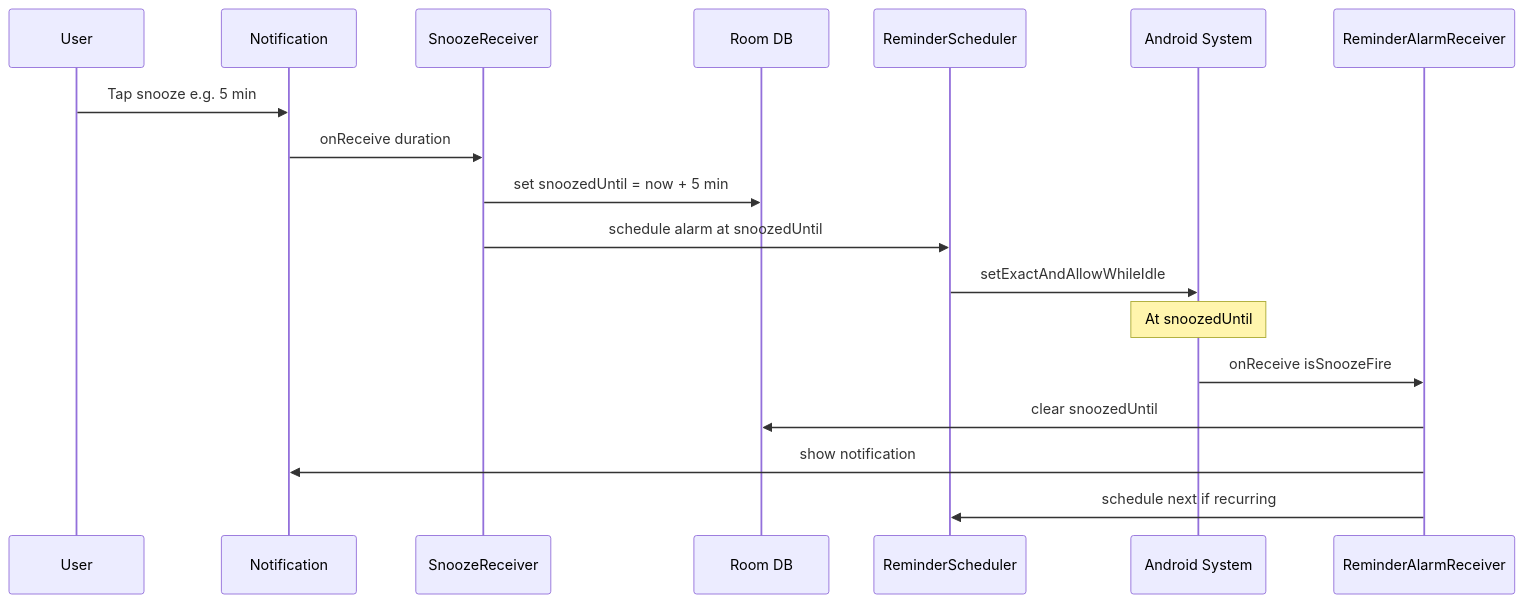
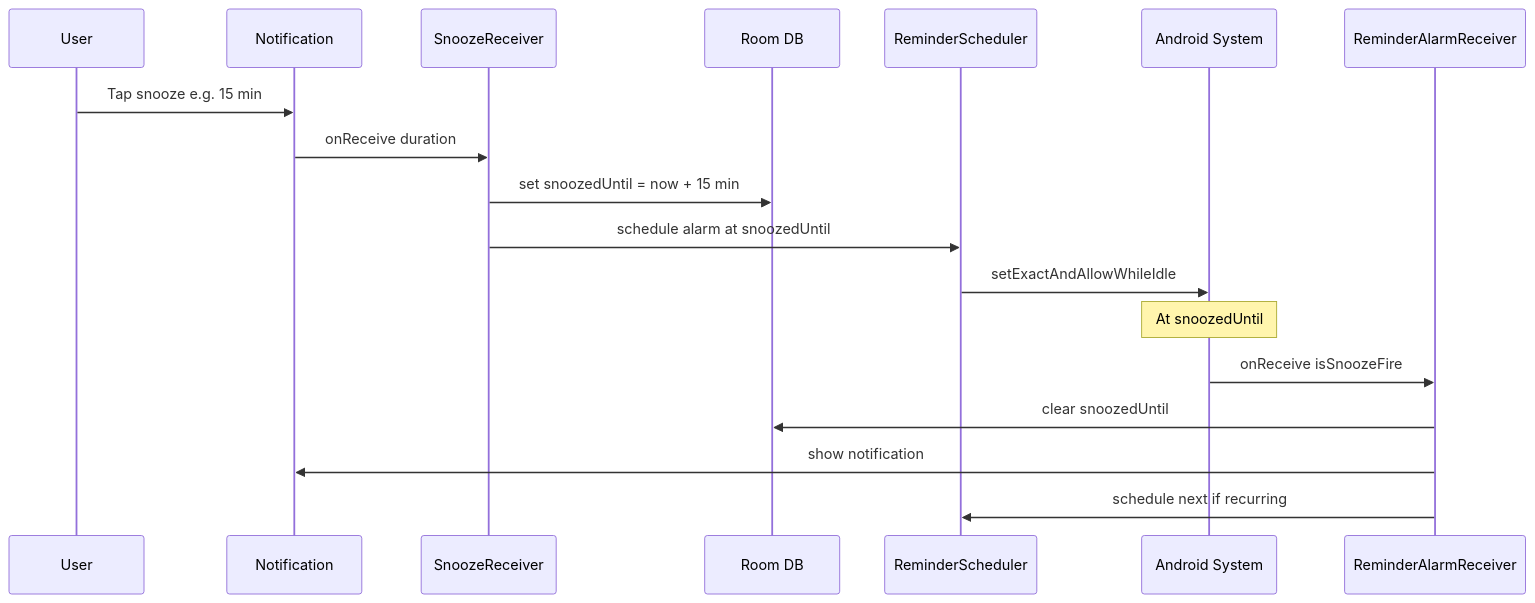
One commit to lfspluso/melhore changed the third of 4 diagrams in docs/ARCHITECTURE.md. Above: the diagram before and after it, drawn with Mermaid. The commit also changed other lines of this file and 28 other files, not shown here.

````diff
--- a/docs/ARCHITECTURE.md
+++ b/docs/ARCHITECTURE.md
@@ -65,21 +65,21 @@
 ```mermaid
 sequenceDiagram
   participant User
   participant Notif as Notification
   participant SnoozeRec as SnoozeReceiver
   participant DB as Room DB
   participant Scheduler as ReminderScheduler
   participant System as Android System
   participant AlarmRec as ReminderAlarmReceiver
 
-  User->>Notif: Tap snooze e.g. 5 min
+  User->>Notif: Tap snooze e.g. 15 min
   Notif->>SnoozeRec: onReceive duration
-  SnoozeRec->>DB: set snoozedUntil = now + 5 min
+  SnoozeRec->>DB: set snoozedUntil = now + 15 min
   SnoozeRec->>Scheduler: schedule alarm at snoozedUntil
   Scheduler->>System: setExactAndAllowWhileIdle
   Note over System: At snoozedUntil
   System->>AlarmRec: onReceive isSnoozeFire
   AlarmRec->>DB: clear snoozedUntil
   AlarmRec->>Notif: show notification
   AlarmRec->>Scheduler: schedule next if recurring
 ```
````
